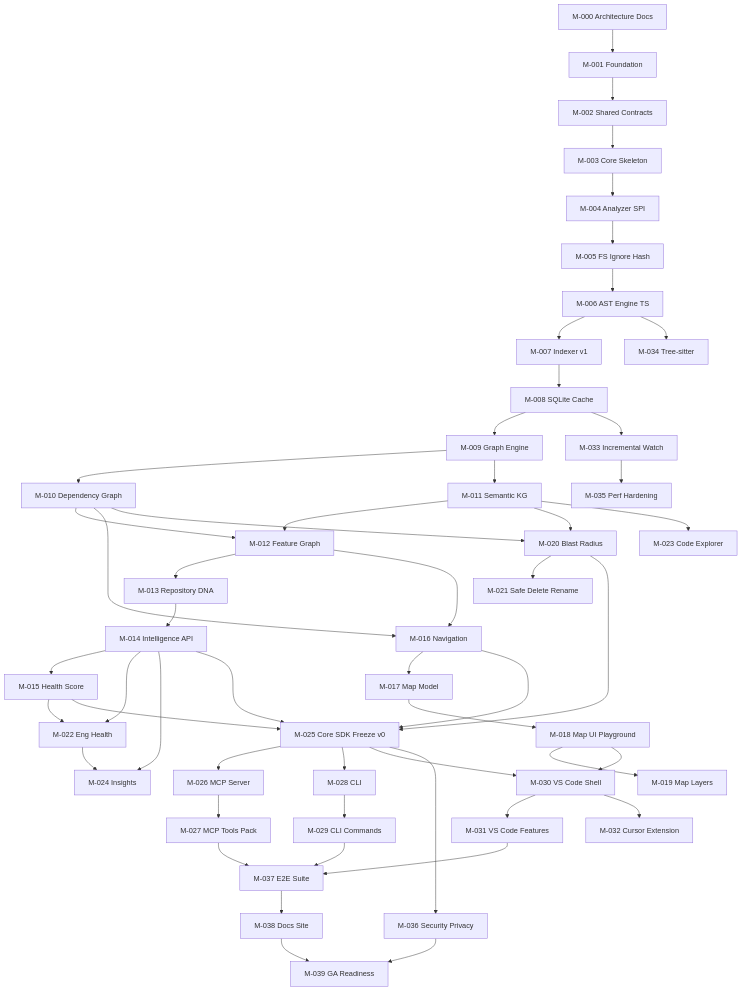
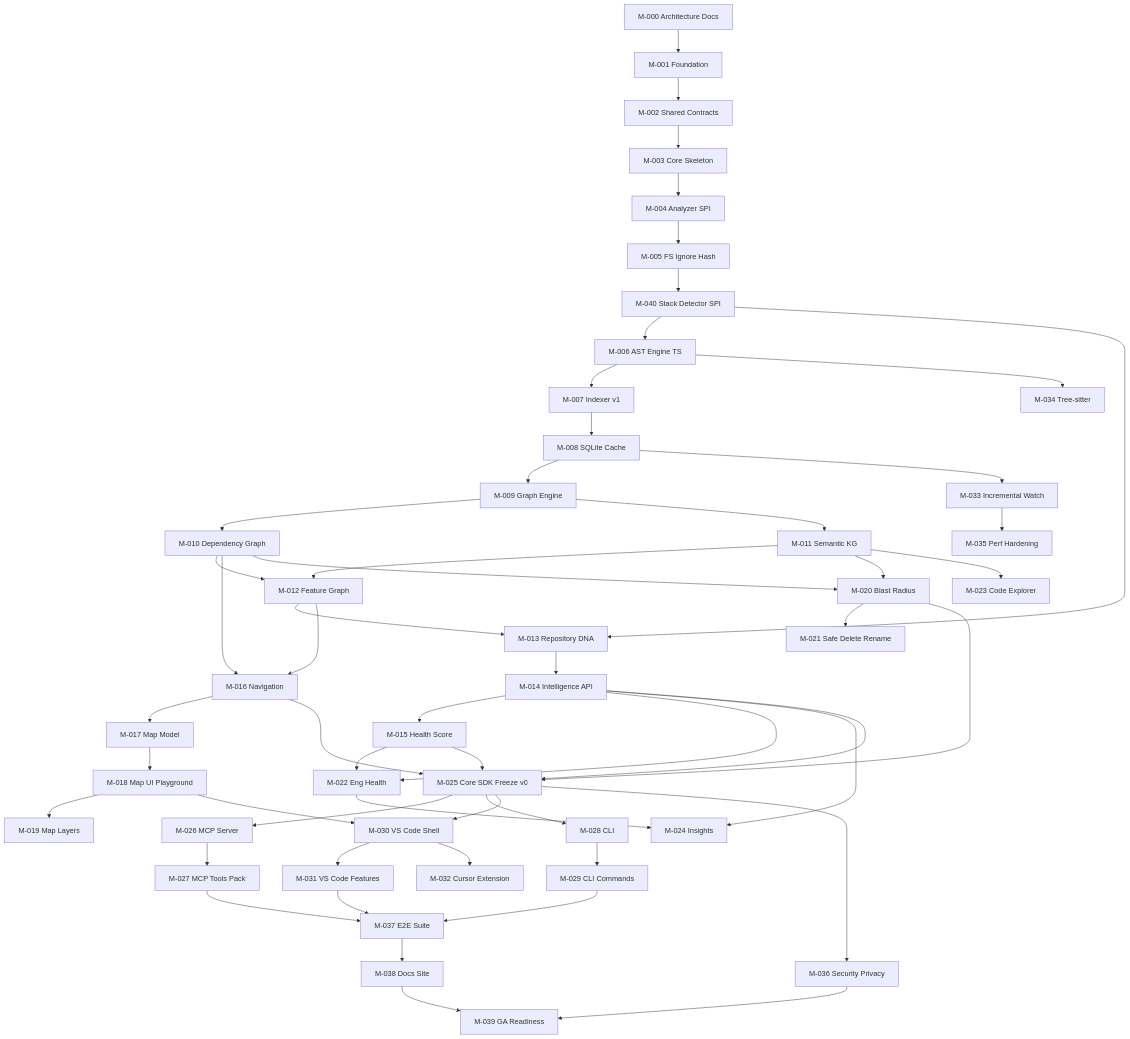
Before and after one commit to Shailesh200/prism: the diagram in plans/00_MASTER_DEVELOPMENT_PLAN.md, drawn with Mermaid. The commit also changed other lines of this file and 29 other files, not shown here.

````diff
--- a/plans/00_MASTER_DEVELOPMENT_PLAN.md
+++ b/plans/00_MASTER_DEVELOPMENT_PLAN.md
@@ -383,54 +383,56 @@
 ```mermaid
 flowchart TD
   M000[M-000 Architecture Docs] --> M001[M-001 Foundation]
   M001 --> M002[M-002 Shared Contracts]
   M002 --> M003[M-003 Core Skeleton]
   M003 --> M004[M-004 Analyzer SPI]
   M004 --> M005[M-005 FS Ignore Hash]
-  M005 --> M006[M-006 AST Engine TS]
+  M005 --> M040[M-040 Stack Detector SPI]
+  M040 --> M006[M-006 AST Engine TS]
   M006 --> M007[M-007 Indexer v1]
   M007 --> M008[M-008 SQLite Cache]
   M008 --> M009[M-009 Graph Engine]
   M009 --> M010[M-010 Dependency Graph]
   M009 --> M011[M-011 Semantic KG]
   M010 --> M012[M-012 Feature Graph]
   M011 --> M012
   M012 --> M013[M-013 Repository DNA]
+  M040 --> M013
   M013 --> M014[M-014 Intelligence API]
   M014 --> M015[M-015 Health Score]
   M010 --> M016[M-016 Navigation]
   M012 --> M016
   M016 --> M017[M-017 Map Model]
   M017 --> M018[M-018 Map UI Playground]
   M018 --> M019[M-019 Map Layers]
   M010 --> M020[M-020 Blast Radius]
   M011 --> M020
   M020 --> M021[M-021 Safe Delete Rename]
   M014 --> M022[M-022 Eng Health]
   M015 --> M022
   M011 --> M023[M-023 Code Explorer]
   M014 --> M024[M-024 Insights]
   M022 --> M024
   M014 --> M025[M-025 Core SDK Freeze v0]
   M015 --> M025
   M016 --> M025
   M020 --> M025
   M025 --> M026[M-026 MCP Server]
   M025 --> M028[M-028 CLI]
   M026 --> M027[M-027 MCP Tools Pack]
   M028 --> M029[M-029 CLI Commands]
   M018 --> M030[M-030 VS Code Shell]
   M025 --> M030
   M030 --> M031[M-031 VS Code Features]
   M030 --> M032[M-032 Cursor Extension]
   M008 --> M033[M-033 Incremental Watch]
   M006 --> M034[M-034 Tree-sitter]
   M033 --> M035[M-035 Perf Hardening]
   M025 --> M036[M-036 Security Privacy]
   M031 --> M037[M-037 E2E Suite]
   M027 --> M037
   M029 --> M037
   M037 --> M038[M-038 Docs Site]
   M036 --> M039[M-039 GA Readiness]
   M038 --> M039
 ```
````
